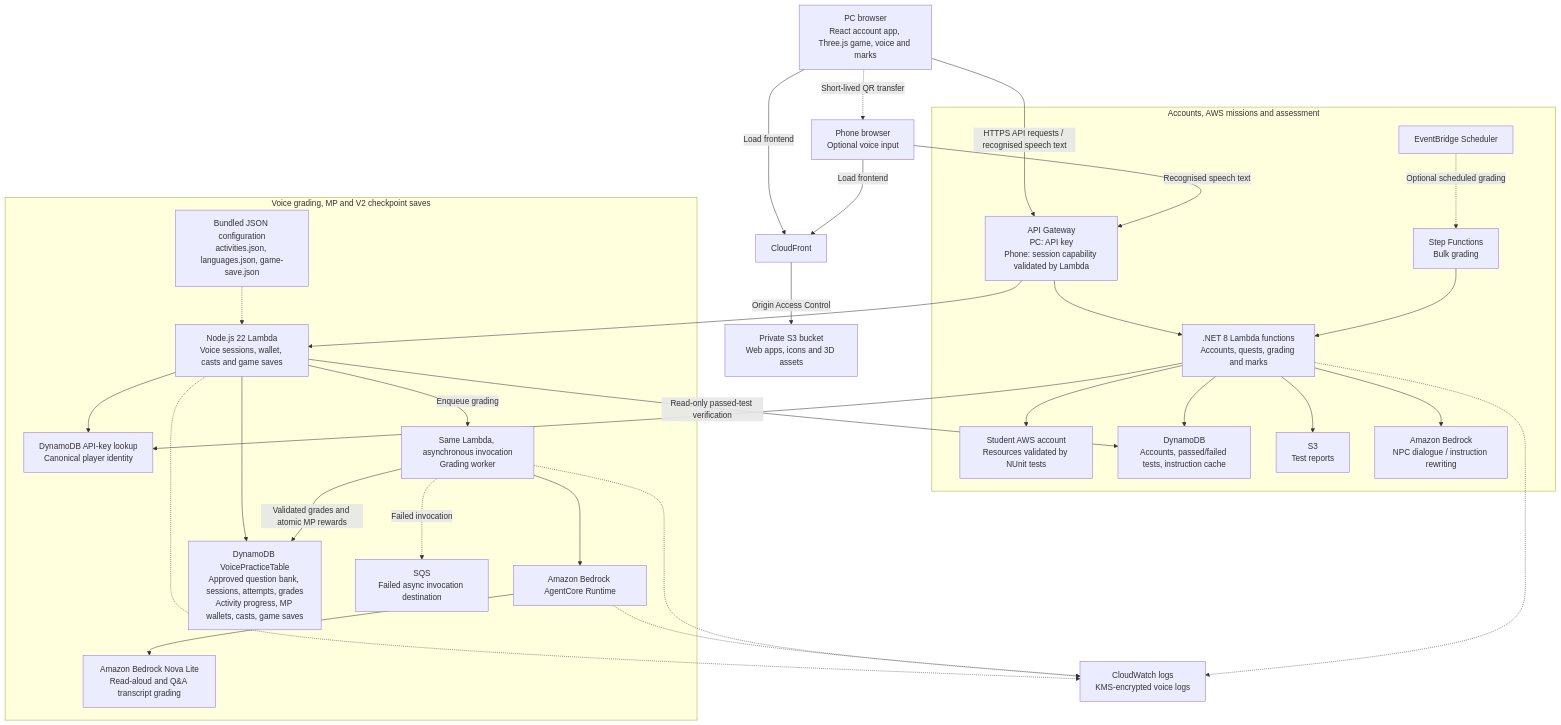
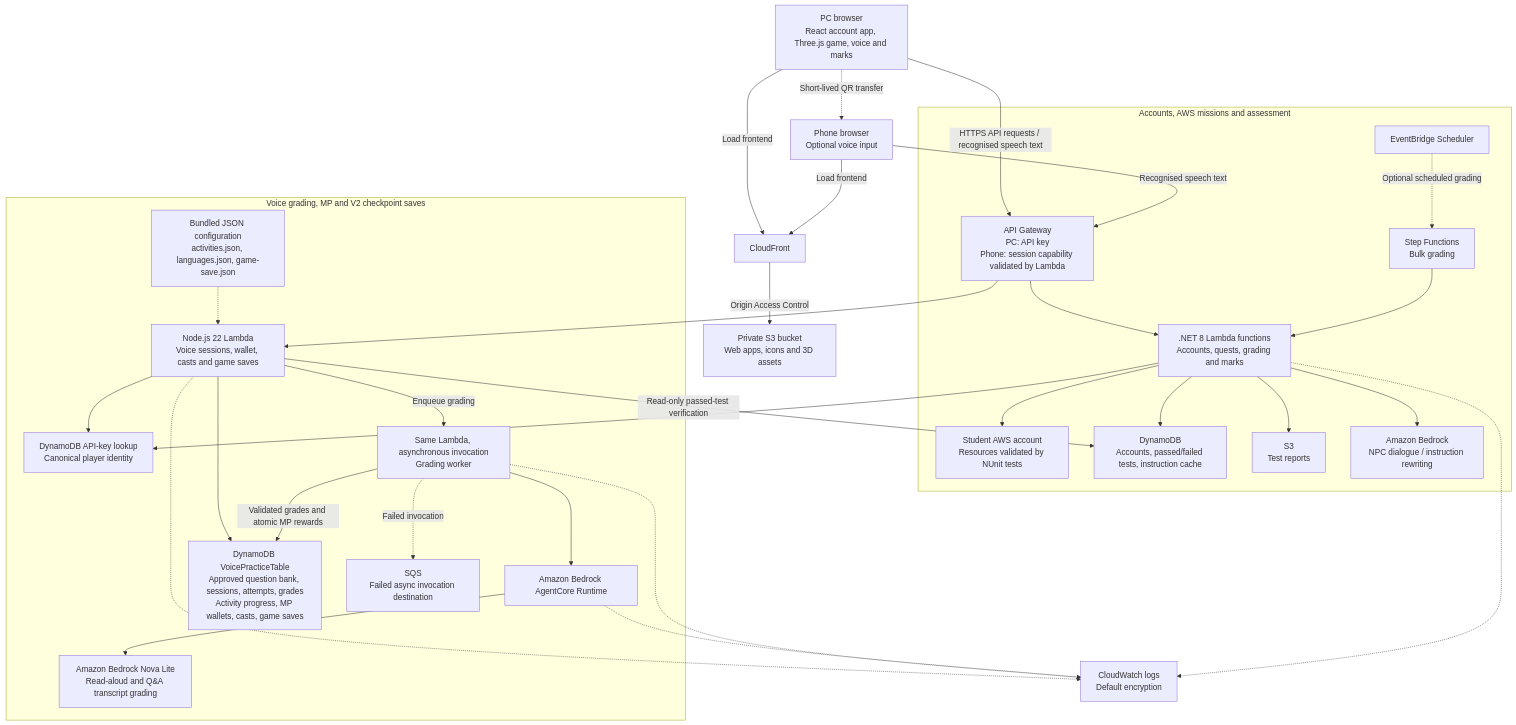
One commit to wongcyrus/The-Legend-of-AWS-Warrior changed the diagram in README.md. Above: the diagram before and after it, drawn with Mermaid. The commit also changed other lines of this file and 36 other files, not shown here.

Commit message:
Add Part 4 blog on question quality with AWS architecture diagram, Strands structured output, and research stack

````diff
--- a/README.md
+++ b/README.md
@@ -23,61 +24,61 @@
 ```mermaid
 flowchart TB
     PC["PC browser<br/>React account app, Three.js game, voice and marks"]
     Phone["Phone browser<br/>Optional voice input"]
     CDN["CloudFront"]
     Web["Private S3 bucket<br/>Web apps, icons and 3D assets"]
     API["API Gateway<br/>PC: API key<br/>Phone: session capability validated by Lambda"]
 
     PC -->|Load frontend| CDN
     Phone -->|Load frontend| CDN
     CDN -->|Origin Access Control| Web
     PC -.->|Short-lived QR transfer| Phone
     PC -->|HTTPS API requests / recognised speech text| API
     Phone -->|Recognised speech text| API
 
     subgraph Missions["Accounts, AWS missions and assessment"]
         Core[".NET 8 Lambda functions<br/>Accounts, quests, grading and marks"]
         Student["Student AWS account<br/>Resources validated by NUnit tests"]
         CoreDB["DynamoDB<br/>Accounts, passed/failed tests, instruction cache"]
         Reports["S3<br/>Test reports"]
         NPC["Amazon Bedrock<br/>NPC dialogue / instruction rewriting"]
         Scheduler["EventBridge Scheduler"]
         Workflow["Step Functions<br/>Bulk grading"]
         API --> Core
         Core --> Student
         Core --> CoreDB
         Core --> Reports
         Core --> NPC
         Scheduler -.->|Optional scheduled grading| Workflow
         Workflow --> Core
     end
 
     Identity["DynamoDB API-key lookup<br/>Canonical player identity"]
     Core --> Identity
 
     subgraph VoiceAndSaves["Voice grading, MP and V2 checkpoint saves"]
         Voice["Node.js 22 Lambda<br/>Voice sessions, wallet, casts and game saves"]
         Worker["Same Lambda, asynchronous invocation<br/>Grading worker"]
         Agent["Amazon Bedrock AgentCore Runtime"]
         Model["Amazon Bedrock Nova Lite<br/>Read-aloud and Q&A transcript grading"]
         VoiceDB["DynamoDB VoicePracticeTable<br/>Approved question bank, sessions, attempts, grades<br/>Activity progress, MP wallets, casts, game saves"]
         Failure["SQS<br/>Failed async invocation destination"]
         Config["Bundled JSON configuration<br/>activities.json, languages.json, game-save.json"]
         API --> Voice
         Voice --> Identity
         Voice -->|Read-only passed-test verification| CoreDB
         Voice --> VoiceDB
         Voice -->|Enqueue grading| Worker
         Worker --> Agent
         Agent --> Model
         Worker -->|Validated grades and atomic MP rewards| VoiceDB
         Worker -.->|Failed invocation| Failure
         Config -.-> Voice
     end
 
-    Logs["CloudWatch logs<br/>KMS-encrypted voice logs"]
+    Logs["CloudWatch logs<br/>Default encryption"]
     Core -.-> Logs
     Voice -.-> Logs
     Worker -.-> Logs
     Agent -.-> Logs
 ```
````
